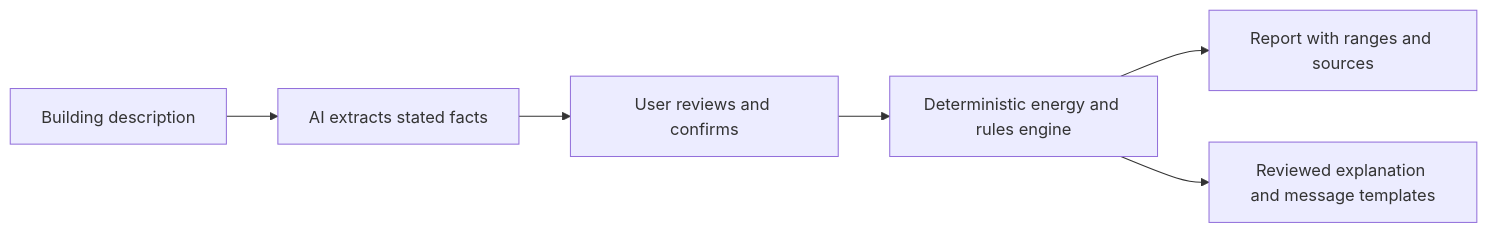
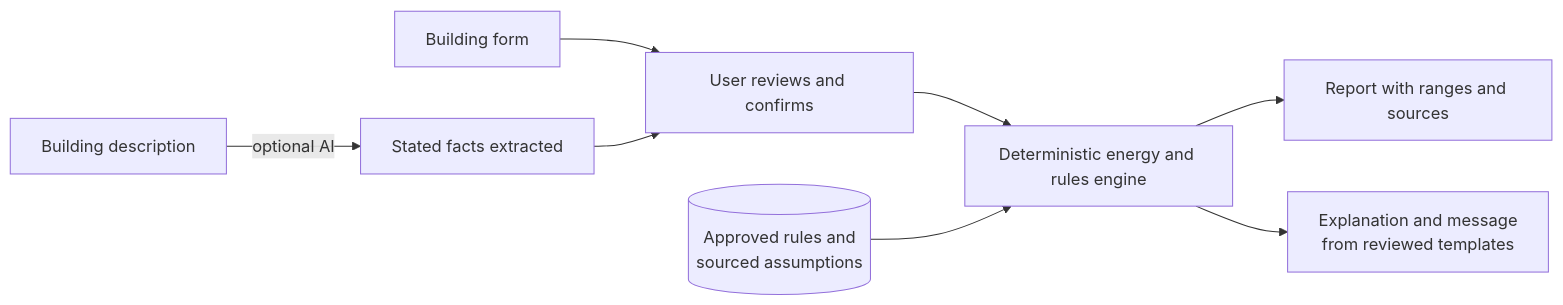
One commit to Qiao527/ma-energy-navigator changed the diagram in README.md. Above: the diagram before and after it, drawn with Mermaid. The commit also changed other lines of this file and 7 other files, not shown here.

````diff
--- a/README.md
+++ b/README.md
@@ -53,8 +108,10 @@
 ```mermaid
 flowchart LR
-  A[Building description] --> B[AI extracts stated facts]
+  A[Building description] -->|optional AI| B[Stated facts extracted]
+  F[Building form] --> C
   B --> C[User reviews and confirms]
   C --> D[Deterministic energy and rules engine]
+  R[(Approved rules and<br>sourced assumptions)] --> D
   D --> E[Report with ranges and sources]
-  D --> F[Reviewed explanation and message templates]
+  D --> G[Explanation and message<br>from reviewed templates]
 ```
````
